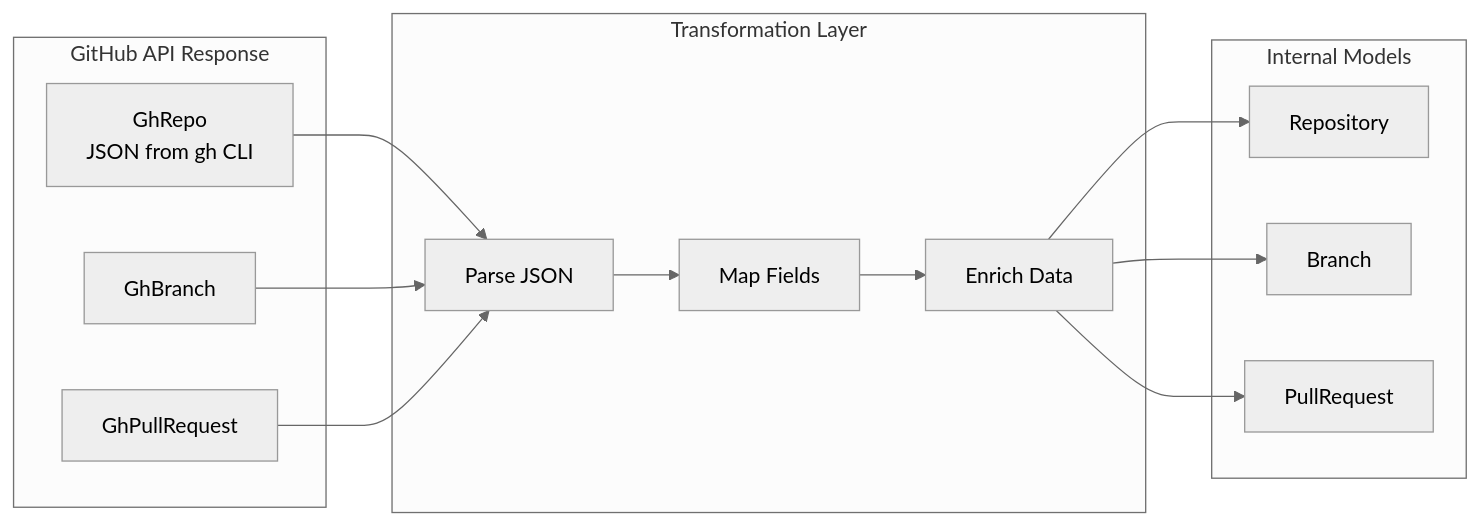
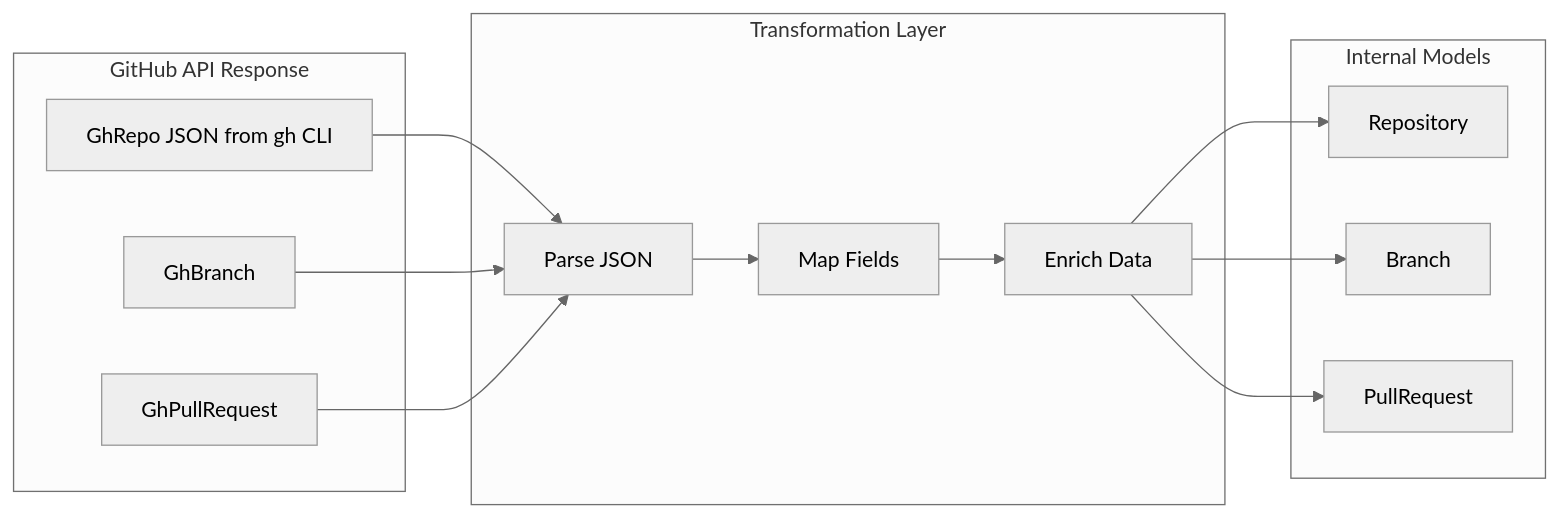
The fifth of 8 diagrams in wiki/GitHub-Integration.md (softwarewrighter/overall), drawn with Mermaid (neutral theme) before and after one commit. The commit also changed other lines of this file and 4 other files, not shown here.

First line of the commit message:
Fix wiki Mermaid diagrams: remove <br/> tags

````diff
--- a/wiki/GitHub-Integration.md
+++ b/wiki/GitHub-Integration.md
@@ -362,31 +362,31 @@
 ```mermaid
 graph LR
     subgraph "GitHub API Response"
-        GHRepo[GhRepo<br/>JSON from gh CLI]
+        GHRepo[GhRepo JSON from gh CLI]
         GHBranch[GhBranch]
         GHPR[GhPullRequest]
     end
 
     subgraph "Transformation Layer"
         Parse[Parse JSON]
         Map[Map Fields]
         Enrich[Enrich Data]
     end
 
     subgraph "Internal Models"
         Repo[Repository]
         Branch[Branch]
         PR[PullRequest]
     end
 
     GHRepo --> Parse
     GHBranch --> Parse
     GHPR --> Parse
 
     Parse --> Map
     Map --> Enrich
 
     Enrich --> Repo
     Enrich --> Branch
     Enrich --> PR
 ```
````
